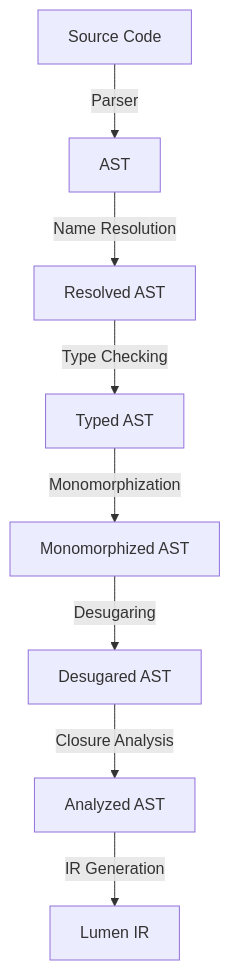
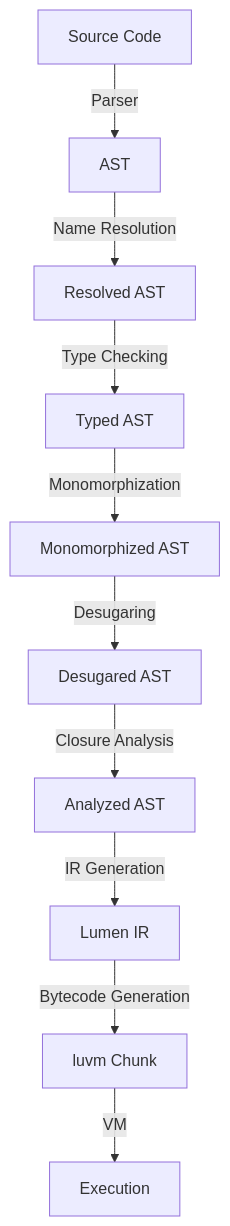
The diagram in docs/compilation/pipeline.md (dani-gouken/lumen-lang), drawn with Mermaid before and after one commit. The commit also changed other lines of this file and 92 other files, not shown here.

````diff
--- a/docs/compilation/pipeline.md
+++ b/docs/compilation/pipeline.md
@@ -9,10 +13,12 @@
 ```mermaid
 graph TD
     A[Source Code] -->|Parser| B[AST]
     B -->|Name Resolution| C[Resolved AST]
     C -->|Type Checking| D[Typed AST]
     D -->|Monomorphization| E[Monomorphized AST]
     E -->|Desugaring| F[Desugared AST]
     F -->|Closure Analysis| G[Analyzed AST]
     G -->|IR Generation| H[Lumen IR]
+    H -->|Bytecode Generation| I[luvm Chunk]
+    I -->|VM| J[Execution]
 ```
````
